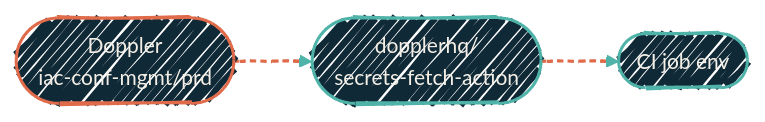
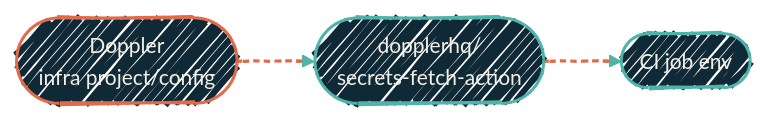
One commit to dryvist/docs changed the second of 3 diagrams in security/how-it-fits-together.mdx. Above: the diagram before and after it, drawn with Mermaid. The commit also changed 4 other files, not shown here.

First line of the commit message:
docs(security): replace leaked Doppler project name with generic references

````diff
--- a/security/how-it-fits-together.mdx
+++ b/security/how-it-fits-together.mdx
@@ -50,17 +50,17 @@
 ```mermaid
 %%{init: {'theme':'base','look':'handDrawn','themeVariables':{'fontFamily':'Geist','fontSize':'14px','primaryColor':'#102937','primaryTextColor':'#F4EFE6','primaryBorderColor':'#4FB3A9','lineColor':'#4FB3A9','secondaryColor':'#0B1D2A','tertiaryColor':'#1A2A38','clusterBkg':'rgba(79,179,169,0.08)','clusterBorder':'#4FB3A9'}}}%%
 flowchart LR
-  Dop([Doppler<br/>iac-conf-mgmt/prd])
+  Dop([Doppler<br/>infra project/config])
   Act([dopplerhq/<br/>secrets-fetch-action])
   Job([CI job env])
 
   Dop --> Act --> Job
 
   classDef src fill:#102937,stroke:#E06B4A,stroke-width:2px,color:#F4EFE6;
   classDef hop fill:#102937,stroke:#4FB3A9,stroke-width:2px,color:#F4EFE6;
 
   class Dop src
   class Act,Job hop
 
   linkStyle 0,1 stroke:#E06B4A,stroke-width:2px,stroke-dasharray:4 3;
 ```
````
